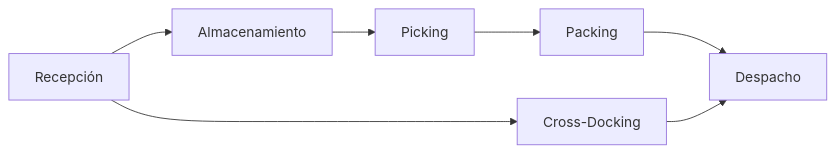
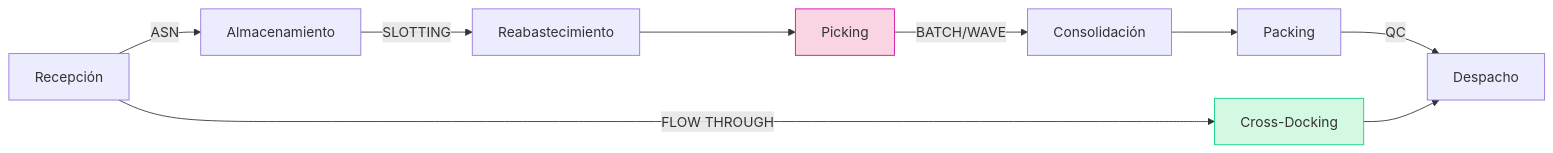
One commit to FCamaggi/gop-wiki changed the third of 6 diagrams in public/content/clases/11-resumen-centros-de-distribucion-2025.05.20.md. Above: the diagram before and after it, drawn with Mermaid. The commit also changed other lines of this file and 36 other files, not shown here.

````diff
--- a/public/content/clases/11-resumen-centros-de-distribucion-2025.05.20.md
+++ b/public/content/clases/11-resumen-centros-de-distribucion-2025.05.20.md
@@ -22,9 +63,14 @@
 ```mermaid
 graph LR
-    A[Recepción] --> B[Almacenamiento]
-    B --> C[Picking]
-    C --> D[Packing]
-    D --> E[Despacho]
-    A --> F[Cross-Docking]
-    F --> E
+    A[Recepción] -->|ASN| B[Almacenamiento]
+    B -->|SLOTTING| C[Reabastecimiento]
+    C --> D[Picking]
+    D -->|BATCH/WAVE| E[Consolidación]
+    E --> F[Packing]
+    F -->|QC| G[Despacho]
+    A -->|FLOW THROUGH| H[Cross-Docking]
+    H --> G
+
+    style H fill:#d4f9e2,stroke:#05d181
+    style D fill:#f9d4e2,stroke:#d105a5
 ```
````
